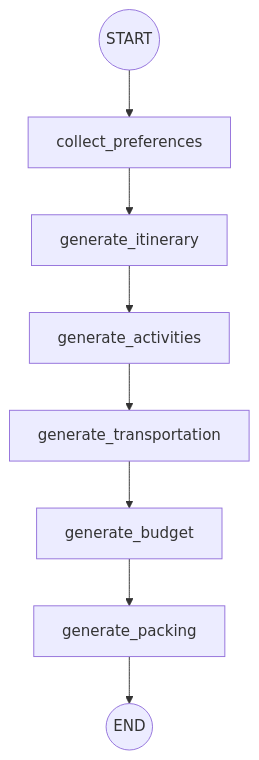
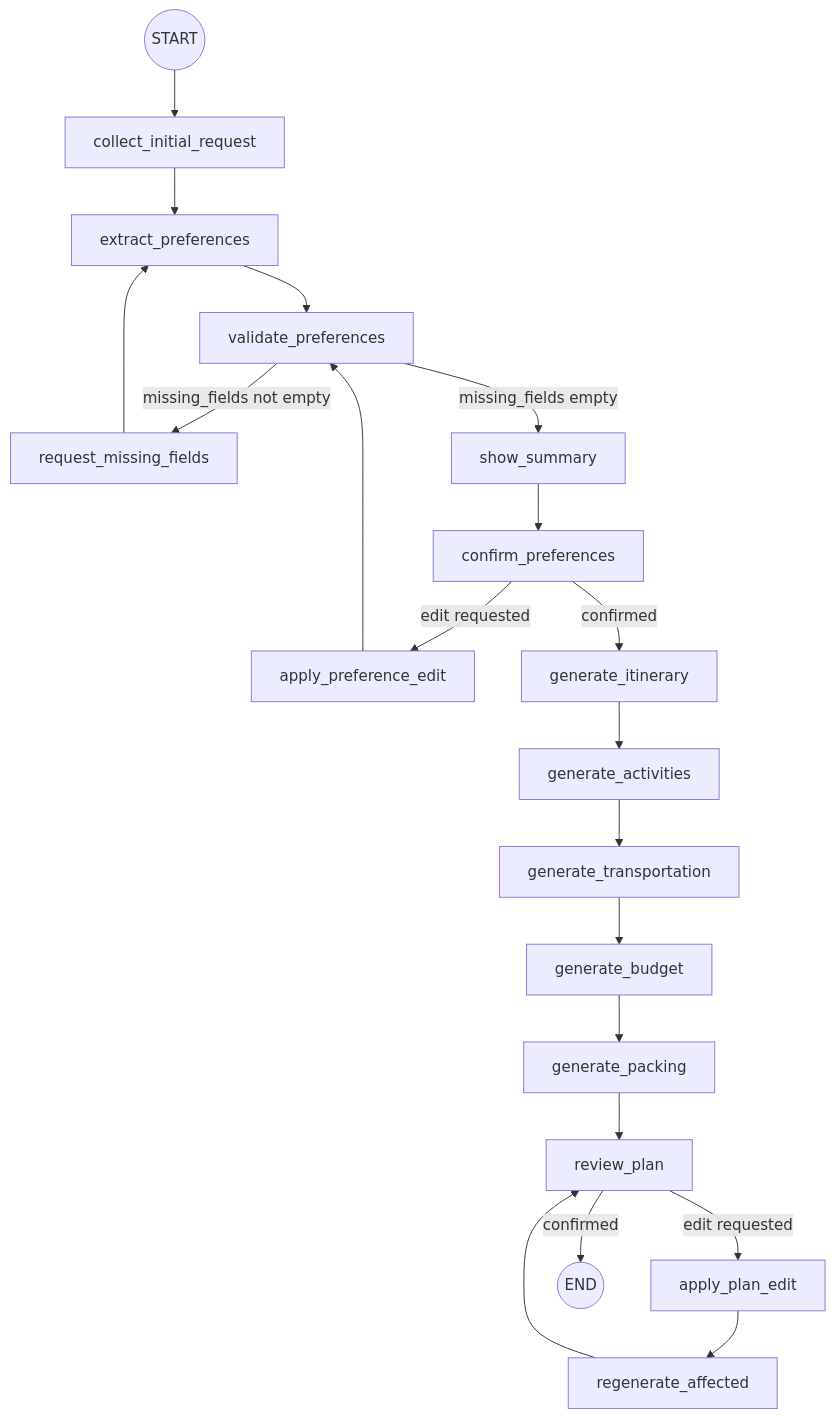
The second of 4 diagrams in docs/design_document.md (pxu/msai_631_travel_planning_assistant), drawn with Mermaid before and after one commit. The commit also changed other lines of this file and 8 other files, not shown here.

````diff
--- a/docs/design_document.md
+++ b/docs/design_document.md
@@ -53,10 +61,28 @@
 ```mermaid
 flowchart TD
-    START((START)) --> CP[collect_preferences]
-    CP --> GI[generate_itinerary]
+    START((START)) --> CIR[collect_initial_request]
+    CIR --> EP[extract_preferences]
+    EP --> VP[validate_preferences]
+
+    VP -->|missing_fields not empty| RMF[request_missing_fields]
+    RMF --> EP
+
+    VP -->|missing_fields empty| SS[show_summary]
+    SS --> CP[confirm_preferences]
+
+    CP -->|edit requested| APE[apply_preference_edit]
+    APE --> VP
+
+    CP -->|confirmed| GI[generate_itinerary]
     GI --> GA[generate_activities]
     GA --> GT[generate_transportation]
     GT --> GB[generate_budget]
     GB --> GP[generate_packing]
-    GP --> END((END))
+    GP --> RP[review_plan]
+
+    RP -->|edit requested| APL[apply_plan_edit]
+    APL --> RA[regenerate_affected]
+    RA --> RP
+
+    RP -->|confirmed| END((END))
 ```
````
